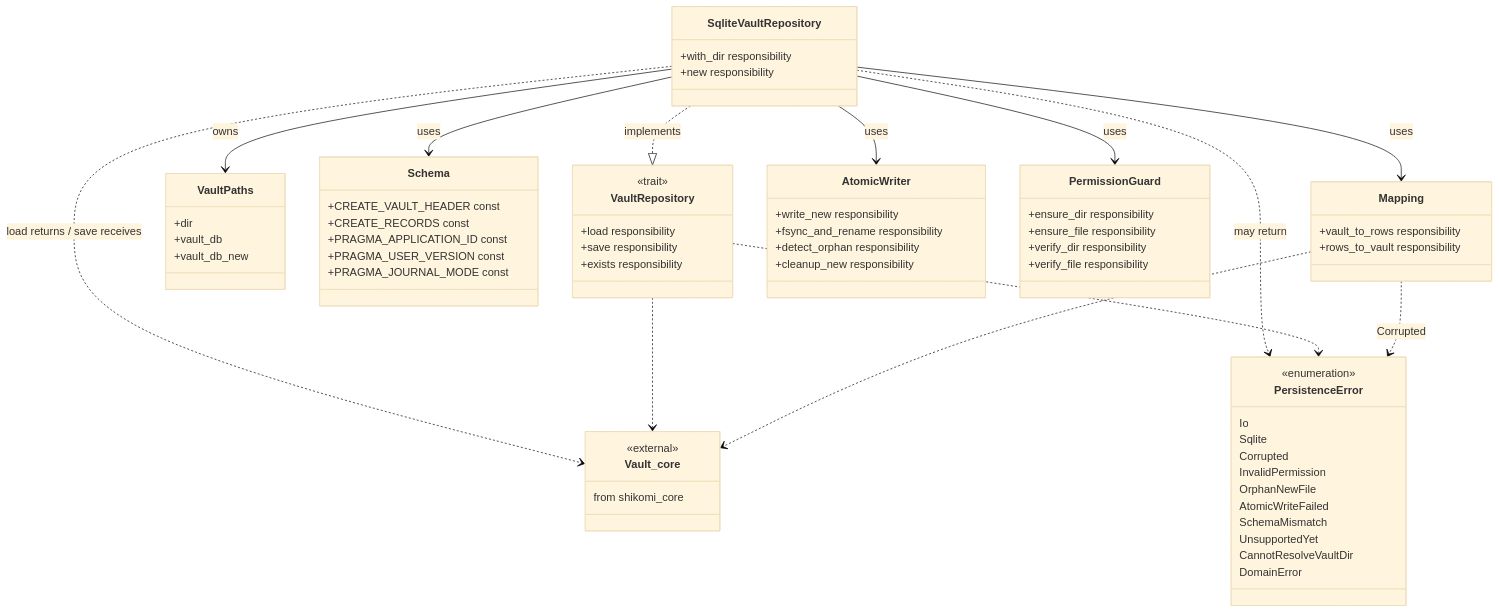
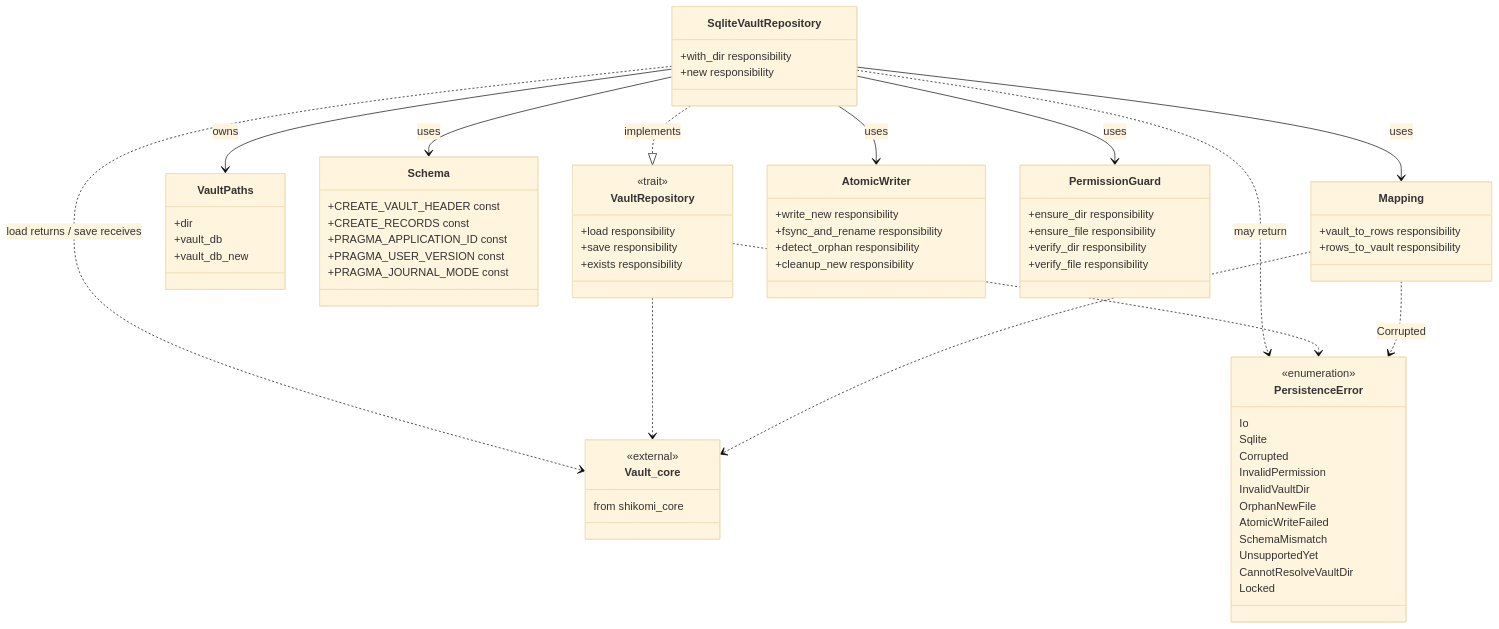
The first of 5 diagrams in docs/features/vault-persistence/basic-design.md (shikomi-dev/shikomi), drawn with Mermaid (base theme) before and after one commit. The commit also changed other lines of this file and 3 other files, not shown here.

````diff
--- a/docs/features/vault-persistence/basic-design.md
+++ b/docs/features/vault-persistence/basic-design.md
@@ -62,81 +66,82 @@
 ```mermaid
 classDiagram
     direction TB
 
     class VaultRepository {
         <<trait>>
         +load responsibility
         +save responsibility
         +exists responsibility
     }
 
     class SqliteVaultRepository {
         +with_dir responsibility
         +new responsibility
     }
 
     class VaultPaths {
         +dir
         +vault_db
         +vault_db_new
     }
 
     class PersistenceError {
         <<enumeration>>
         Io
         Sqlite
         Corrupted
         InvalidPermission
+        InvalidVaultDir
         OrphanNewFile
         AtomicWriteFailed
         SchemaMismatch
         UnsupportedYet
         CannotResolveVaultDir
-        DomainError
+        Locked
     }
 
     class Schema {
         +CREATE_VAULT_HEADER const
         +CREATE_RECORDS const
         +PRAGMA_APPLICATION_ID const
         +PRAGMA_USER_VERSION const
         +PRAGMA_JOURNAL_MODE const
     }
 
     class Mapping {
         +vault_to_rows responsibility
         +rows_to_vault responsibility
     }
 
     class AtomicWriter {
         +write_new responsibility
         +fsync_and_rename responsibility
         +detect_orphan responsibility
         +cleanup_new responsibility
     }
 
     class PermissionGuard {
         +ensure_dir responsibility
         +ensure_file responsibility
         +verify_dir responsibility
         +verify_file responsibility
     }
 
     class Vault_core {
         <<external>>
         from shikomi_core
     }
 
     SqliteVaultRepository ..|> VaultRepository : implements
     SqliteVaultRepository --> VaultPaths : owns
     SqliteVaultRepository --> Schema : uses
     SqliteVaultRepository --> Mapping : uses
     SqliteVaultRepository --> AtomicWriter : uses
     SqliteVaultRepository --> PermissionGuard : uses
     SqliteVaultRepository ..> Vault_core : load returns / save receives
     SqliteVaultRepository ..> PersistenceError : may return
     VaultRepository ..> Vault_core
     VaultRepository ..> PersistenceError
     Mapping ..> Vault_core
     Mapping ..> PersistenceError : Corrupted
 ```
````
